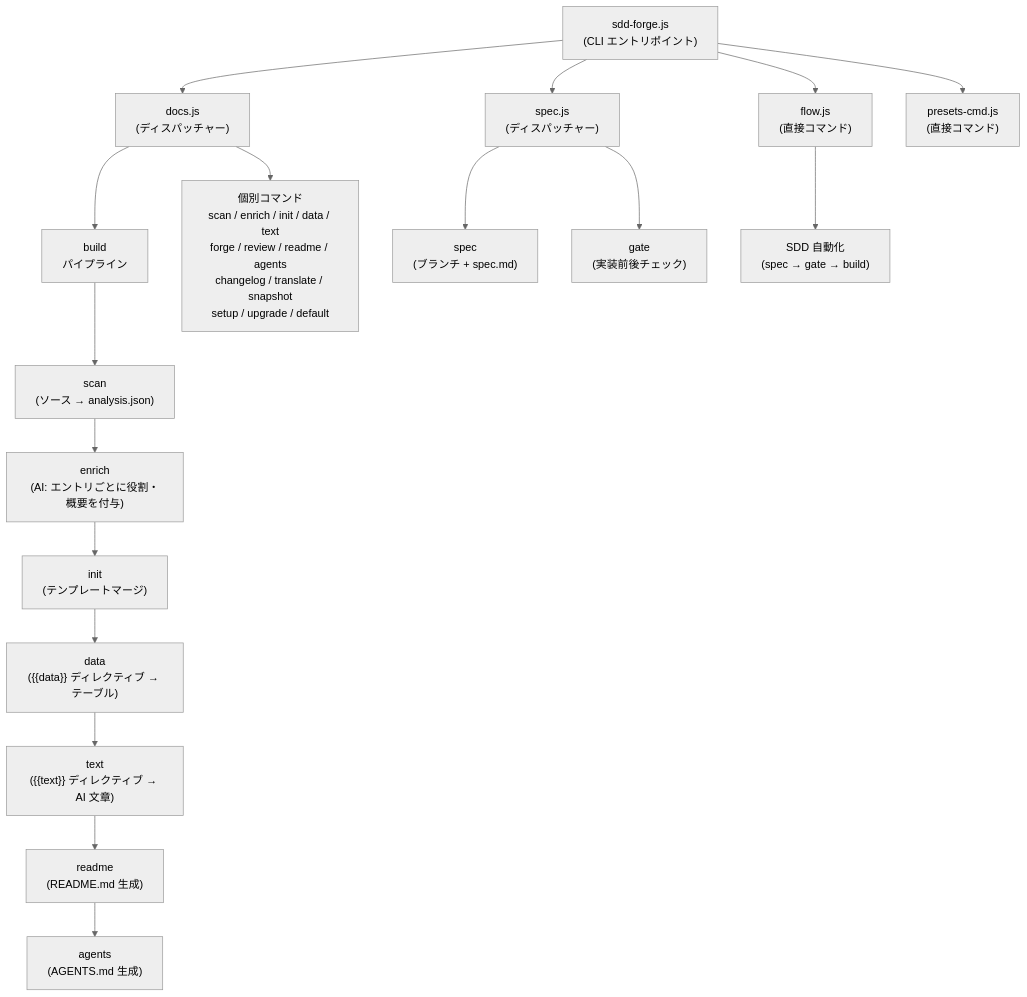
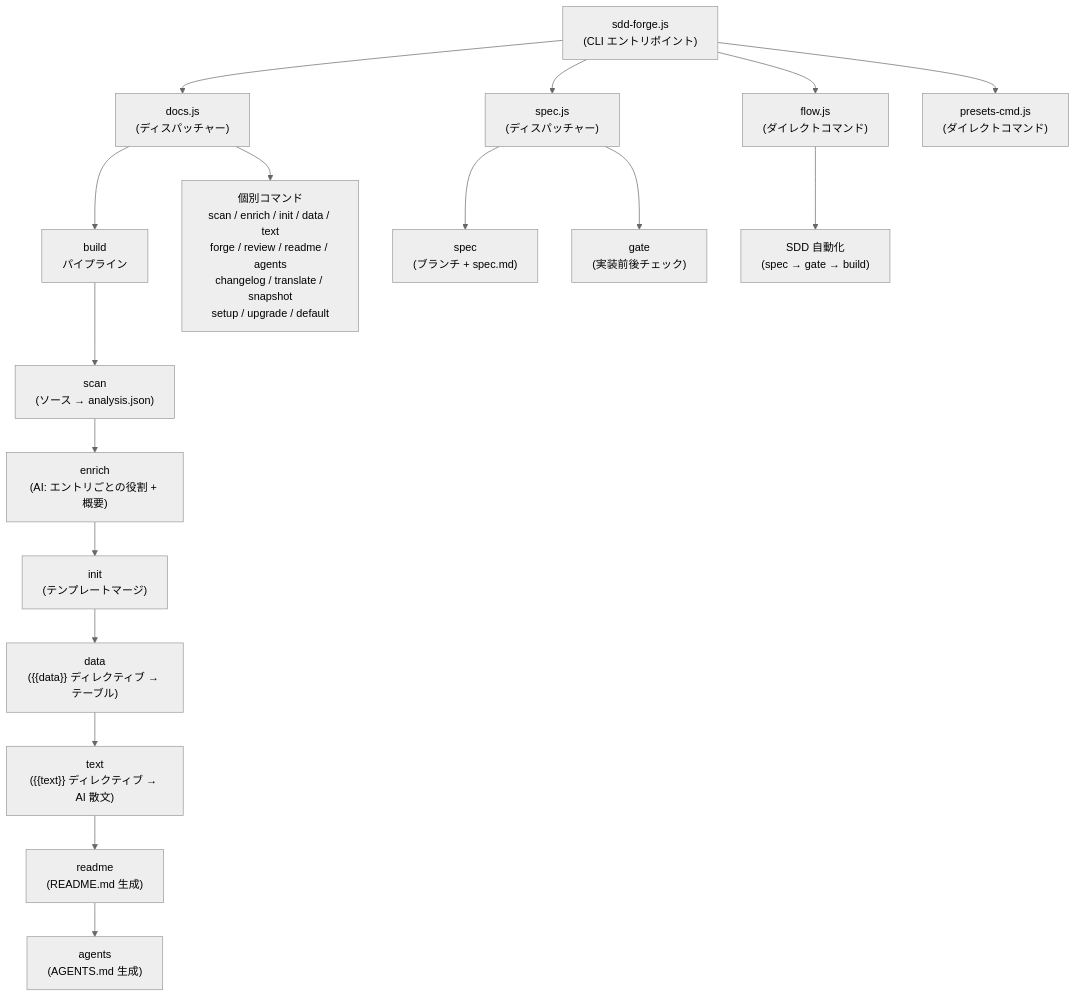
Before and after one commit to SpreadWorks/sdd-forge: the diagram in docs/ja/overview.md, drawn with Mermaid (neutral theme). The commit also changed other lines of this file and 11 other files, not shown here.

````diff
--- a/docs/ja/overview.md
+++ b/docs/ja/overview.md
@@ -29,25 +29,25 @@
 ```mermaid
 flowchart TD
     Entry["sdd-forge.js\n(CLI エントリポイント)"]
 
     Entry --> DocsDispatcher["docs.js\n(ディスパッチャー)"]
     Entry --> SpecDispatcher["spec.js\n(ディスパッチャー)"]
-    Entry --> FlowDirect["flow.js\n(直接コマンド)"]
-    Entry --> PresetsDirect["presets-cmd.js\n(直接コマンド)"]
+    Entry --> FlowDirect["flow.js\n(ダイレクトコマンド)"]
+    Entry --> PresetsDirect["presets-cmd.js\n(ダイレクトコマンド)"]
 
     DocsDispatcher --> Build["build\nパイプライン"]
     DocsDispatcher --> Individual["個別コマンド\nscan / enrich / init / data / text\nforge / review / readme / agents\nchangelog / translate / snapshot\nsetup / upgrade / default"]
 
     Build --> Scan["scan\n(ソース → analysis.json)"]
-    Scan --> Enrich["enrich\n(AI: エントリごとに役割・概要を付与)"]
+    Scan --> Enrich["enrich\n(AI: エントリごとの役割 + 概要)"]
     Enrich --> Init["init\n(テンプレートマージ)"]
     Init --> Data["data\n({{data}} ディレクティブ → テーブル)"]
-    Data --> Text["text\n({{text}} ディレクティブ → AI 文章)"]
+    Data --> Text["text\n({{text}} ディレクティブ → AI 散文)"]
     Text --> Readme["readme\n(README.md 生成)"]
     Readme --> Agents["agents\n(AGENTS.md 生成)"]
 
     SpecDispatcher --> SpecInit["spec\n(ブランチ + spec.md)"]
     SpecDispatcher --> Gate["gate\n(実装前後チェック)"]
 
     FlowDirect --> SddFlow["SDD 自動化\n(spec → gate → build)"]
 ```
````
